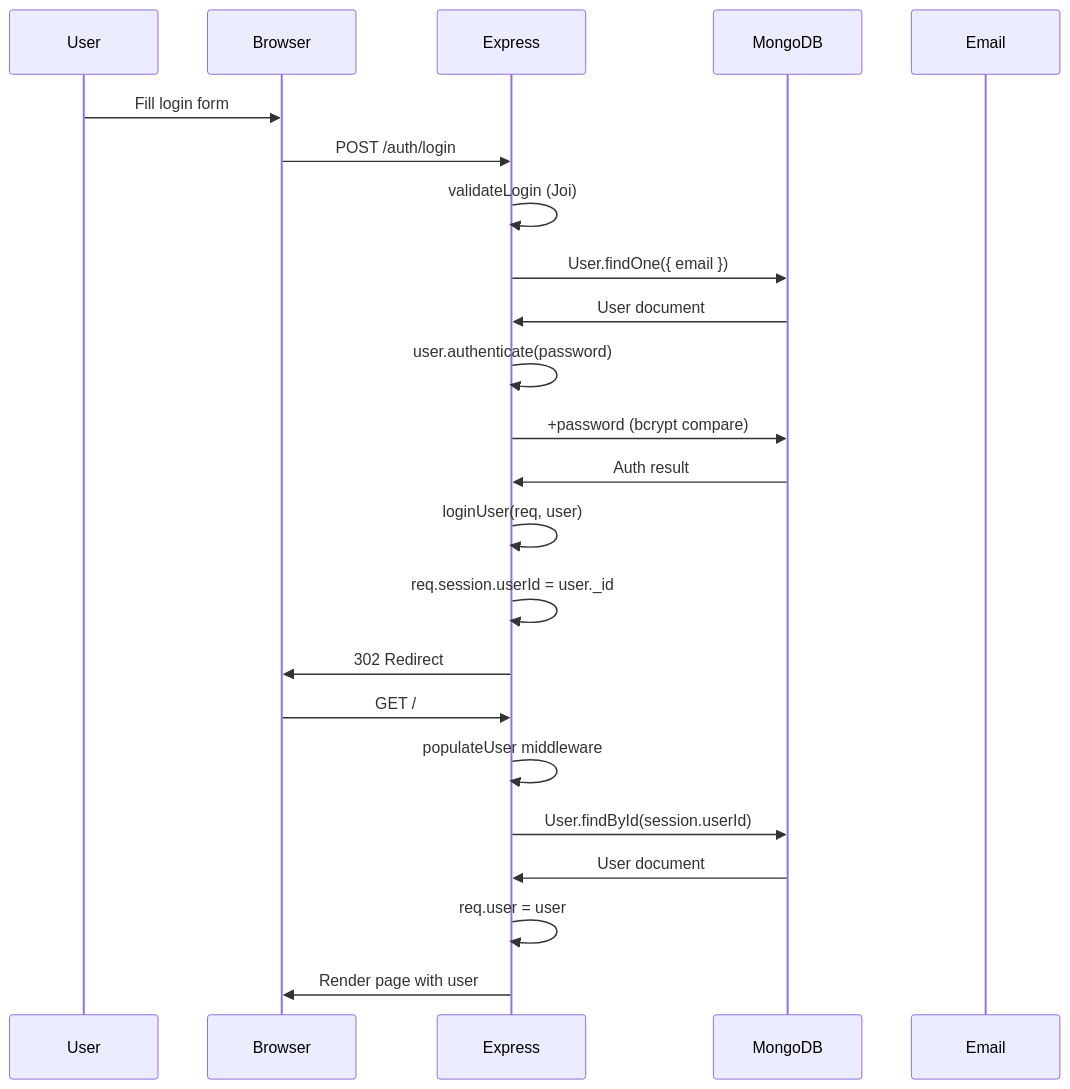
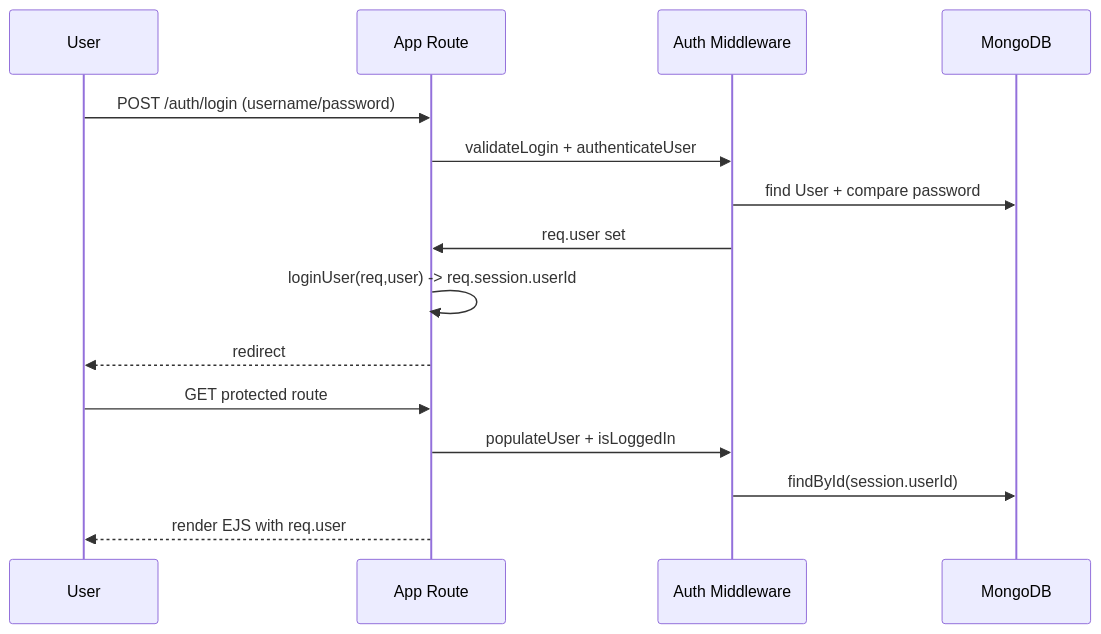
The fifth of 5 diagrams in docs/ARCHITECTURE_REFERENCE.md (hutchybop/longrunner-platform), drawn with Mermaid before and after one commit. The commit also changed other lines of this file and 1 other file, not shown here.

````diff
--- a/docs/ARCHITECTURE_REFERENCE.md
+++ b/docs/ARCHITECTURE_REFERENCE.md
@@ -351,26 +308,18 @@
 ```mermaid
 sequenceDiagram
-    participant User
-    participant Browser
-    participant Express
-    participant MongoDB
-    participant Email
+  participant U as User
+  participant A as App Route
+  participant M as Auth Middleware
+  participant DB as MongoDB
 
-    User->>Browser: Fill login form
-    Browser->>Express: POST /auth/login
-    Express->>Express: validateLogin (Joi)
-    Express->>MongoDB: User.findOne({ email })
-    MongoDB->>Express: User document
-    Express->>Express: user.authenticate(password)
-    Express->>MongoDB: +password (bcrypt compare)
-    MongoDB->>Express: Auth result
-    Express->>Express: loginUser(req, user)
-    Express->>Express: req.session.userId = user._id
-    Express->>Browser: 302 Redirect
-    Browser->>Express: GET /
-    Express->>Express: populateUser middleware
-    Express->>MongoDB: User.findById(session.userId)
-    MongoDB->>Express: User document
-    Express->>Express: req.user = user
-    Express->>Browser: Render page with user
+  U->>A: POST /auth/login (username/password)
+  A->>M: validateLogin + authenticateUser
+  M->>DB: find User + compare password
+  M->>A: req.user set
+  A->>A: loginUser(req,user) -> req.session.userId
+  A-->>U: redirect
+  U->>A: GET protected route
+  A->>M: populateUser + isLoggedIn
+  M->>DB: findById(session.userId)
+  A-->>U: render EJS with req.user
 ```
````
